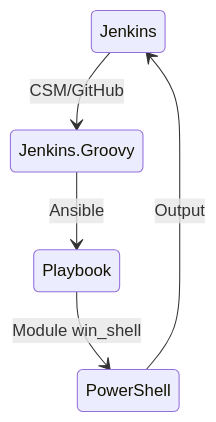
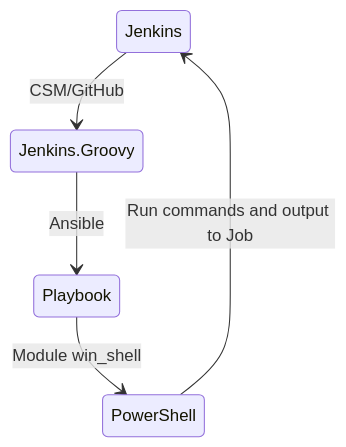
One commit to Lifailon/Deploy-PS-Module changed the diagram in README.md. Above: the diagram before and after it, drawn with Mermaid.

Commit message:
test state

````diff
--- a/README.md
+++ b/README.md
@@ -7,7 +7,7 @@
 ```mermaid
 stateDiagram-v2
     Jenkins --> Jenkins.Groovy: CSM/GitHub
     Jenkins.Groovy --> Playbook: Ansible
     Playbook --> PowerShell: Module win_shell
-    PowerShell --> Jenkins: Output
+    PowerShell --> Jenkins: Run commands and output to Job
 ```
````
